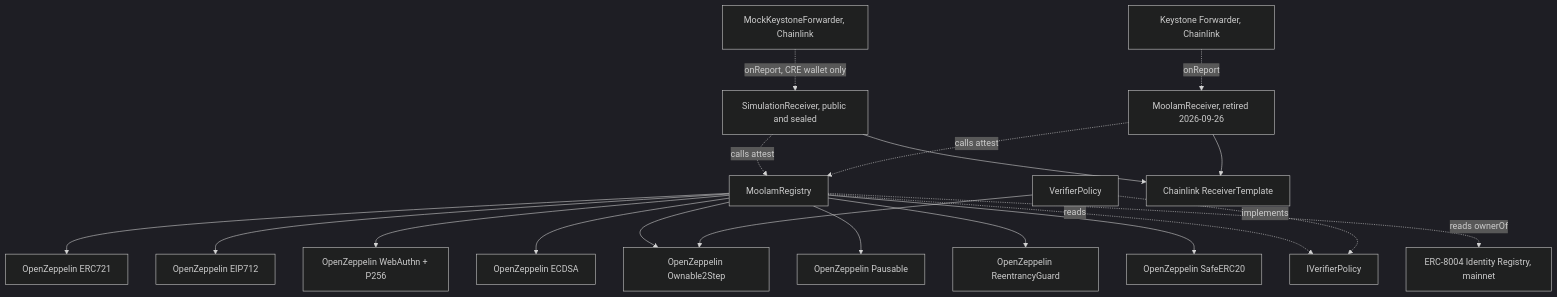
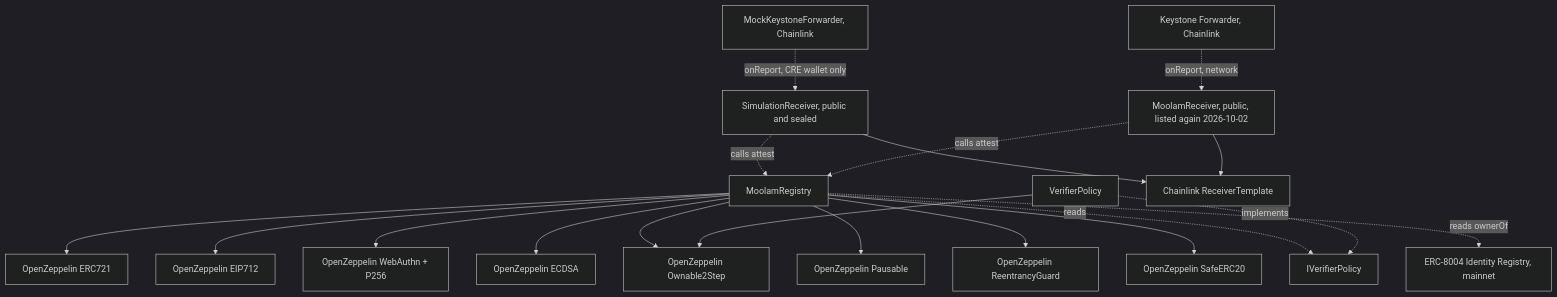
One commit to ramakrishnanhulk20/Moolam changed the third of 3 diagrams in README.md. Above: the diagram before and after it, drawn with Mermaid (dark theme). The commit also changed other lines of this file and 31 other files, not shown here.

````diff
--- a/README.md
+++ b/README.md
@@ -410,21 +419,21 @@
 ```mermaid
 flowchart TD
     MR[MoolamRegistry] --> ERC721[OpenZeppelin ERC721]
     MR --> EIP712[OpenZeppelin EIP712]
     MR --> WA[OpenZeppelin WebAuthn + P256]
     MR --> ECDSA[OpenZeppelin ECDSA]
     MR --> O2[OpenZeppelin Ownable2Step]
     MR --> PA[OpenZeppelin Pausable]
     MR --> RG[OpenZeppelin ReentrancyGuard]
     MR --> SE[OpenZeppelin SafeERC20]
     MR -. reads .-> IVP[IVerifierPolicy]
     MR -. reads ownerOf .-> I8[ERC-8004 Identity Registry, mainnet]
     VP[VerifierPolicy] --> O2
     VP -. implements .-> IVP
     SR[SimulationReceiver, public and sealed] --> RT[Chainlink ReceiverTemplate]
     SR -. calls attest .-> MR
     MF[MockKeystoneForwarder, Chainlink] -. onReport, CRE wallet only .-> SR
-    RC[MoolamReceiver, retired 2026-09-26] --> RT
+    RC[MoolamReceiver, public, listed again 2026-10-02] --> RT
     RC -. calls attest .-> MR
-    FW[Keystone Forwarder, Chainlink] -. onReport .-> RC
+    FW[Keystone Forwarder, Chainlink] -. onReport, network .-> RC
 ```
````
